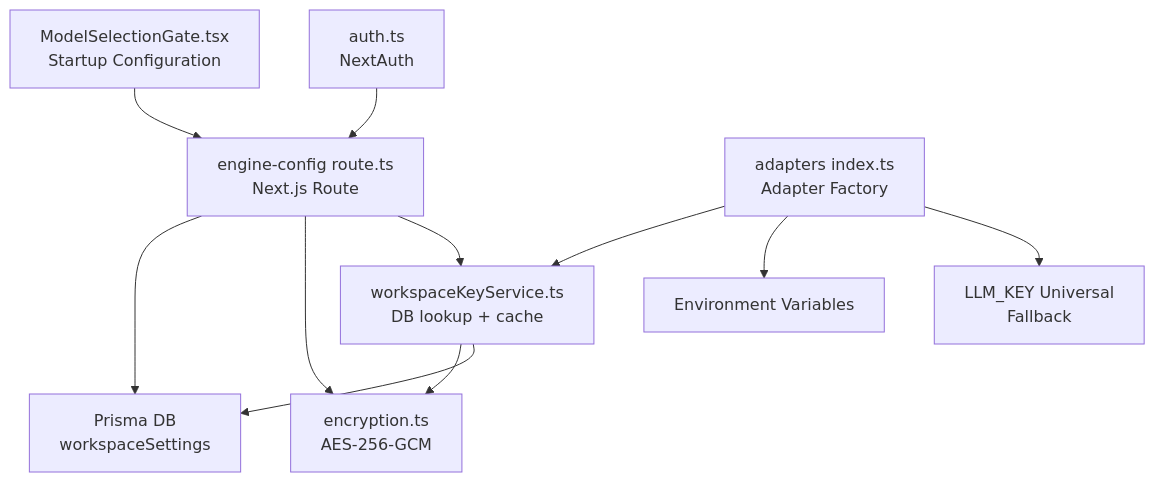
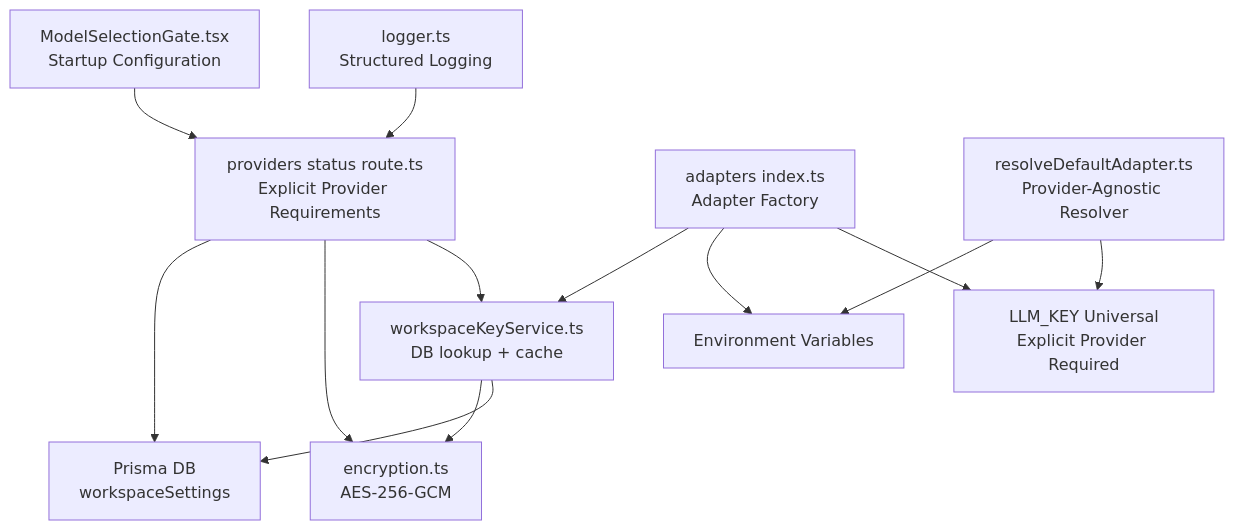
The first of 11 diagrams in .qoder/repowiki/en/content/AI Generation Engine/AI Provider Adapters/Configuration & Authentication Management.md (shekhargiri005-dotcom/AI-powered-accessibility-first-UI-engine), drawn with Mermaid before and after one commit. The commit also changed other lines of this file and 20 other files, not shown here.

````diff
--- a/.qoder/repowiki/en/content/AI Generation Engine/AI Provider Adapters/Configuration & Authentication Management.md
+++ b/.qoder/repowiki/en/content/AI Generation Engine/AI Provider Adapters/Configuration & Authentication Management.md
@@ -48,13 +49,15 @@
 ```mermaid
 graph TB
-UI["ModelSelectionGate.tsx<br/>Startup Configuration"] --> API["engine-config route.ts<br/>Next.js Route"]
+UI["ModelSelectionGate.tsx<br/>Startup Configuration"] --> API["providers status route.ts<br/>Explicit Provider Requirements"]
 API --> DB["Prisma DB<br/>workspaceSettings"]
 API --> ENC["encryption.ts<br/>AES-256-GCM"]
 API --> WKS["workspaceKeyService.ts<br/>DB lookup + cache"]
 WKS --> ENC
 WKS --> DB
 ADP["adapters index.ts<br/>Adapter Factory"] --> WKS
 ADP --> ENV["Environment Variables"]
-ADP --> LLM["LLM_KEY Universal<br/>Fallback"]
-AUTH["auth.ts<br/>NextAuth"] --> API
+ADP --> LLM["LLM_KEY Universal<br/>Explicit Provider Required"]
+RDA["resolveDefaultAdapter.ts<br/>Provider-Agnostic Resolver"] --> ENV
+RDA --> LLM
+LOG["logger.ts<br/>Structured Logging"] --> API
 ```
````
